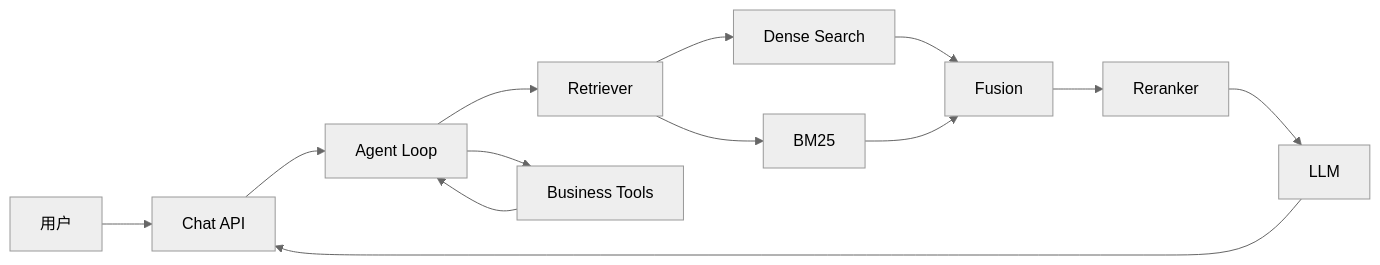
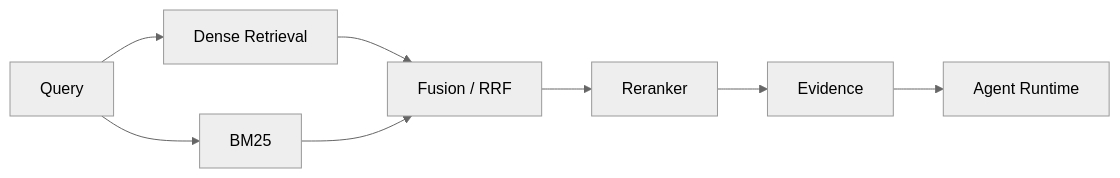
The second of 2 diagrams in projects/enterprise-agent/architecture.md (WeSsZz/AI-Engineer-Roadmap-2026), drawn with Mermaid (neutral theme) before and after one commit. The commit also changed other lines of this file and 14 other files, not shown here.

Commit message:
feat: build durable enterprise agent runtime

````diff
--- a/projects/enterprise-agent/architecture.md
+++ b/projects/enterprise-agent/architecture.md
@@ -5,15 +67,10 @@
 ```mermaid
 flowchart LR
-    U["用户"] --> API["Chat API"]
-    API --> A["Agent Loop"]
-    A --> R["Retriever"]
-    R --> D["Dense Search"]
-    R --> B["BM25"]
-    D --> F["Fusion"]
-    B --> F
+    Q["Query"] --> DR["Dense Retrieval"]
+    Q --> BM["BM25"]
+    DR --> F["Fusion / RRF"]
+    BM --> F
     F --> RR["Reranker"]
-    RR --> L["LLM"]
-    A --> T["Business Tools"]
-    T --> A
-    L --> API
+    RR --> E["Evidence"]
+    E --> A["Agent Runtime"]
 ```
````
